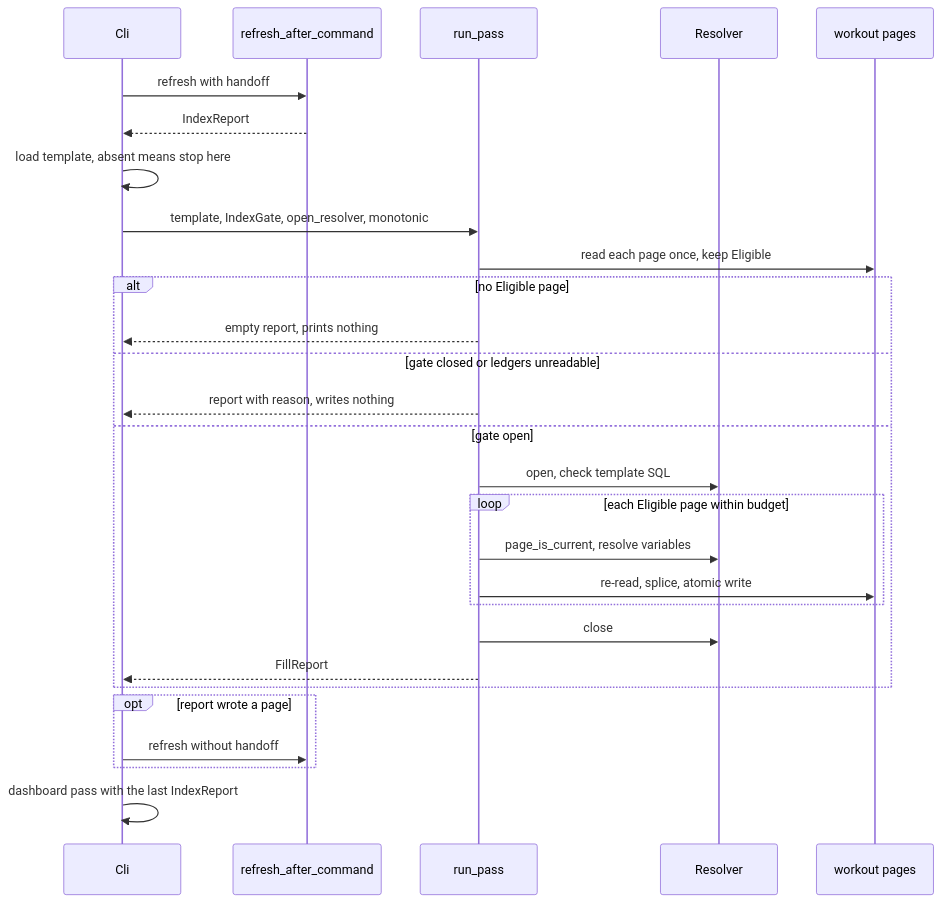
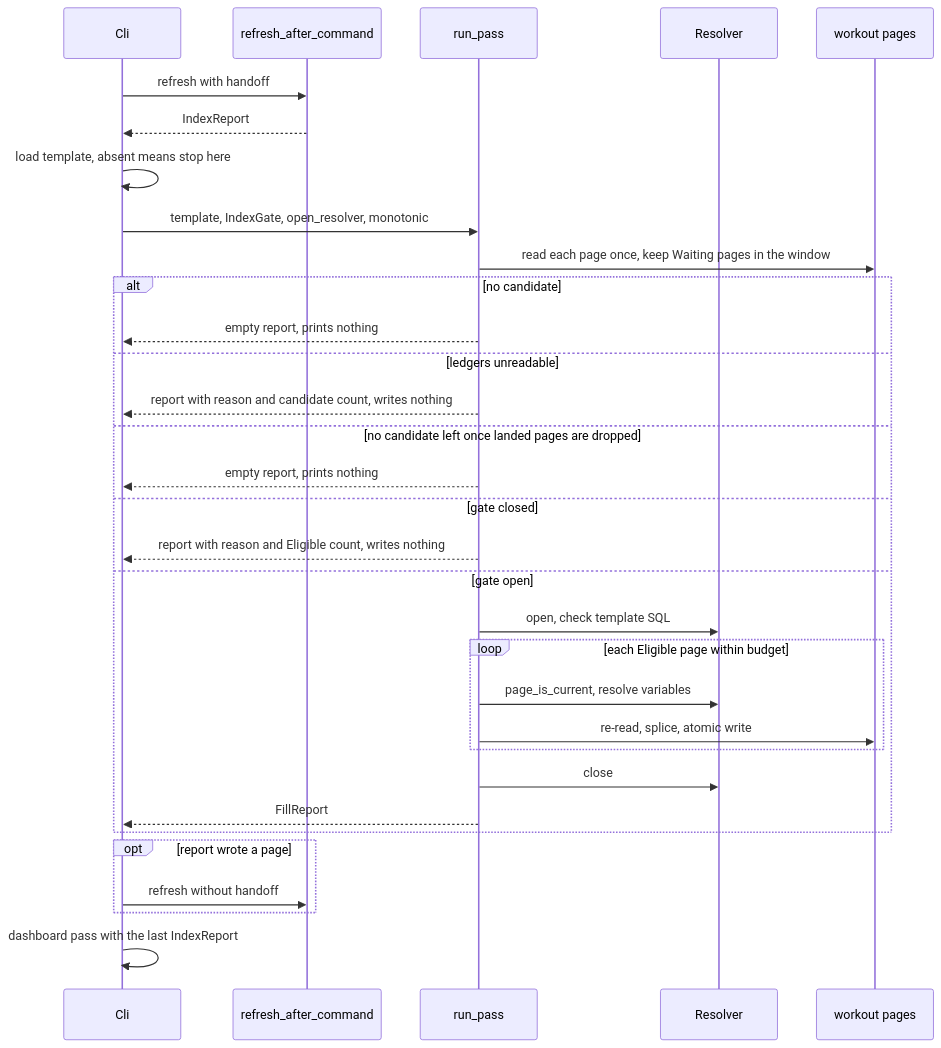
One commit to joshua-stauffer/fitdocs changed the second of 3 diagrams in .kiro/specs/post-templates/design.md. Above: the diagram before and after it, drawn with Mermaid. The commit also changed other lines of this file and 3 other files, not shown here.

````diff
--- a/.kiro/specs/post-templates/design.md
+++ b/.kiro/specs/post-templates/design.md
@@ -182,30 +182,34 @@
 ```mermaid
 sequenceDiagram
     participant Cli
     participant Index as refresh_after_command
     participant Engine as run_pass
     participant Resolver
     participant Pages as workout pages
     Cli->>Index: refresh with handoff
     Index-->>Cli: IndexReport
     Cli->>Cli: load template, absent means stop here
     Cli->>Engine: template, IndexGate, open_resolver, monotonic
-    Engine->>Pages: read each page once, keep Eligible
-    alt no Eligible page
+    Engine->>Pages: read each page once, keep Waiting pages in the window
+    alt no candidate
         Engine-->>Cli: empty report, prints nothing
-    else gate closed or ledgers unreadable
-        Engine-->>Cli: report with reason, writes nothing
+    else ledgers unreadable
+        Engine-->>Cli: report with reason and candidate count, writes nothing
+    else no candidate left once landed pages are dropped
+        Engine-->>Cli: empty report, prints nothing
+    else gate closed
+        Engine-->>Cli: report with reason and Eligible count, writes nothing
     else gate open
         Engine->>Resolver: open, check template SQL
         loop each Eligible page within budget
             Engine->>Resolver: page_is_current, resolve variables
             Engine->>Pages: re-read, splice, atomic write
         end
         Engine->>Resolver: close
         Engine-->>Cli: FillReport
     end
     opt report wrote a page
         Cli->>Index: refresh without handoff
     end
     Cli->>Cli: dashboard pass with the last IndexReport
 ```
````
